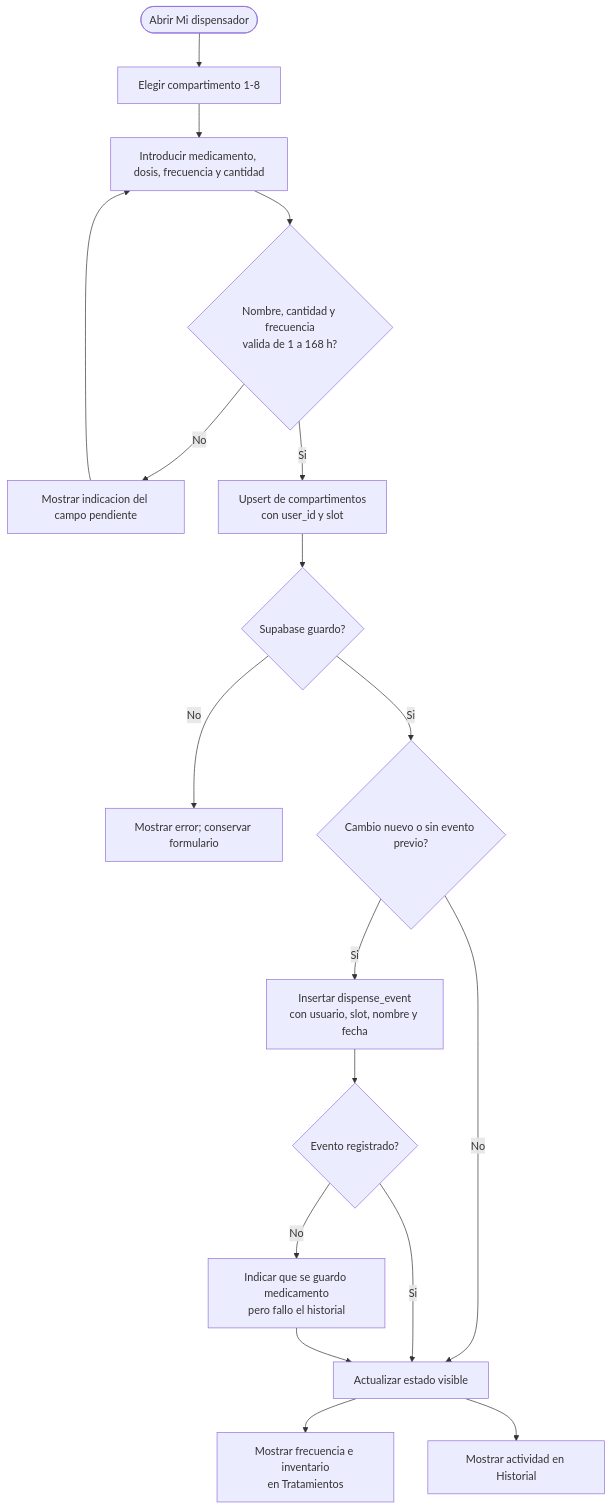
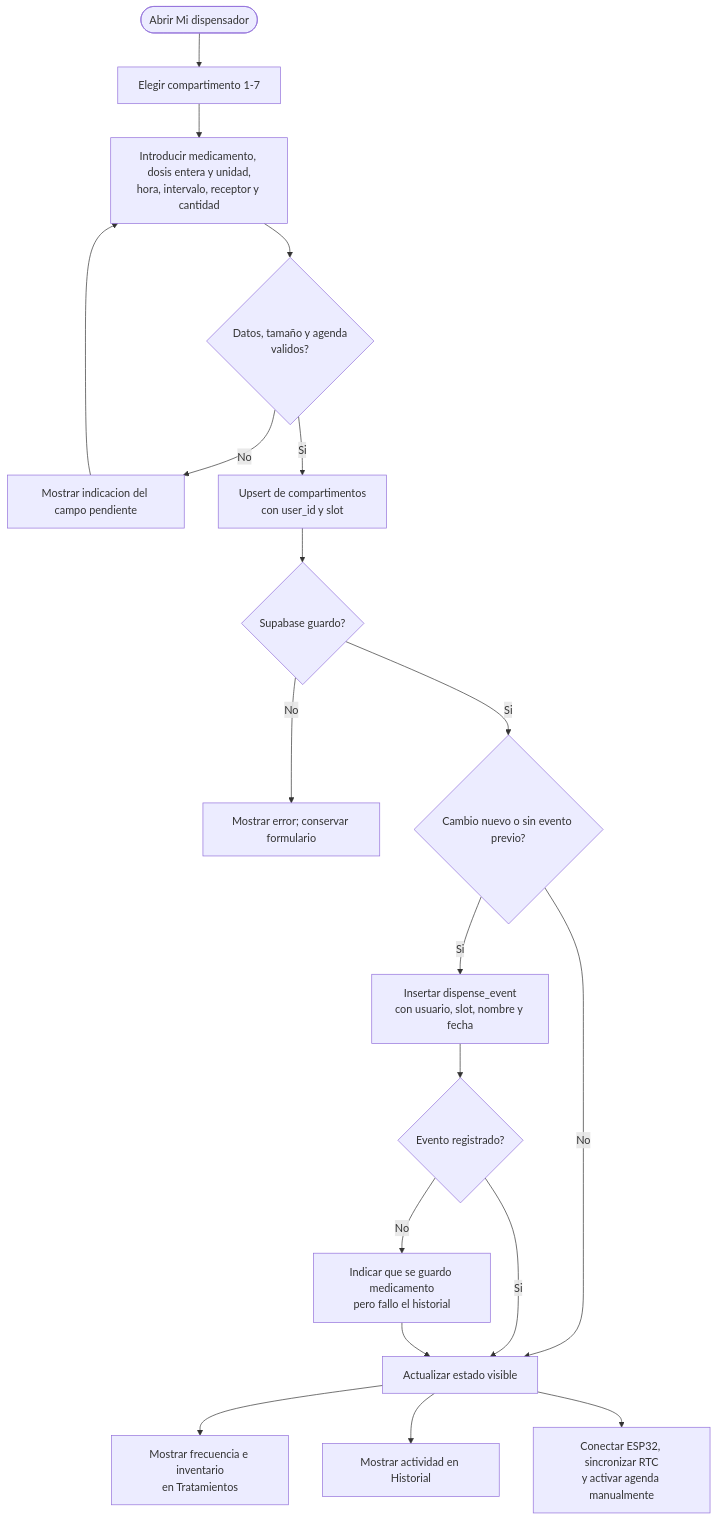
One commit to Clavijo110/DIM changed the third of 3 diagrams in docs/software-firmware.md. Above: the diagram before and after it, drawn with Mermaid. The commit also changed other lines of this file and 113 other files, not shown here.

````diff
--- a/docs/software-firmware.md
+++ b/docs/software-firmware.md
@@ -53,20 +64,21 @@
 ```mermaid
 flowchart TD
-    Start([Abrir Mi dispensador]) --> Select[Elegir compartimento 1-8]
-    Select --> Form[Introducir medicamento, dosis, frecuencia y cantidad]
-    Form --> Validate{Nombre, cantidad y frecuencia\nvalida de 1 a 168 h?}
+    Start([Abrir Mi dispensador]) --> Select[Elegir compartimento 1-7]
+    Select --> Form[Introducir medicamento, dosis entera y unidad,\nhora, intervalo, receptor y cantidad]
+    Form --> Validate{Datos, tamaño y agenda\nvalidos?}
     Validate -- No --> ValidationError[Mostrar indicacion del campo pendiente]
     ValidationError --> Form
     Validate -- Si --> Save[Upsert de compartimentos\ncon user_id y slot]
     Save --> Saved{Supabase guardo?}
     Saved -- No --> SaveError[Mostrar error; conservar formulario]
     Saved -- Si --> Changed{Cambio nuevo o sin evento previo?}
     Changed -- Si --> Event[Insertar dispense_event\ncon usuario, slot, nombre y fecha]
     Changed -- No --> UI[Actualizar estado visible]
     Event --> EventOK{Evento registrado?}
     EventOK -- Si --> UI[Actualizar estado visible]
     EventOK -- No --> Partial[Indicar que se guardo medicamento\npero fallo el historial]
     Partial --> UI
     UI --> Treatments[Mostrar frecuencia e inventario\nen Tratamientos]
     UI --> History[Mostrar actividad en Historial]
+    UI --> Sync[Conectar ESP32, sincronizar RTC\ny activar agenda manualmente]
 ```
````
